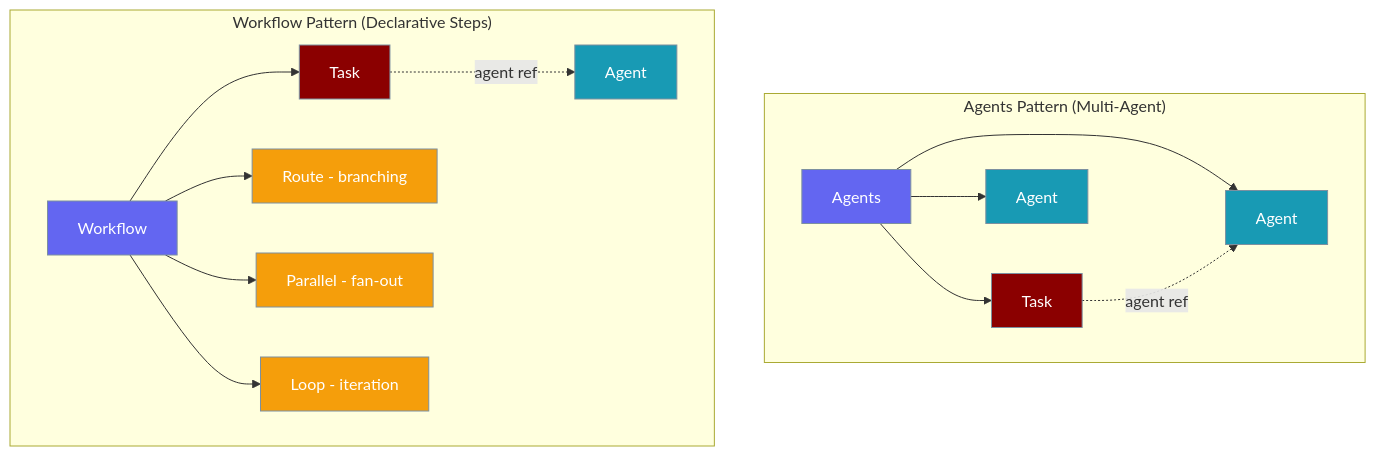
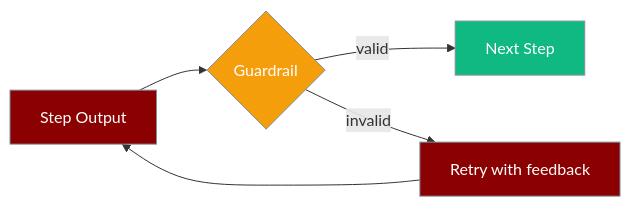
Before and after one commit to MervinPraison/PraisonAIDocs: the eighth of 11 diagrams in docs/features/workflows.mdx, drawn with Mermaid. The commit also changed other lines of this file and 4 other files, not shown here.

Commit message:
docs: align workflow feature pages with AGENTS.md authoring rules (fixes #1417)

````diff
--- a/docs/features/workflows.mdx
+++ b/docs/features/workflows.mdx
@@ -1391,29 +379,14 @@
 ```mermaid
-graph TB
-    subgraph "Agents Pattern (Multi-Agent)"
-        AGENTS[Agents]
-        AGENTS --> AGENT1[Agent]
-        AGENTS --> TASK[Task]
-        TASK -.->|agent ref| AGENT1
-        AGENTS --> AGENT2[Agent]
-    end
-    
-    subgraph "Workflow Pattern (Declarative Steps)"
-        WORKFLOW[Workflow]
-        WORKFLOW --> STEP[Task]
-        STEP -.->|agent ref| AGENT3[Agent]
-        WORKFLOW --> ROUTE[Route - branching]
-        WORKFLOW --> PARALLEL[Parallel - fan-out]
-        WORKFLOW --> LOOP[Loop - iteration]
-    end
-    
-    classDef orchestrator fill:#6366F1,stroke:#7C90A0,color:#fff
-    classDef agent fill:#189AB4,stroke:#7C90A0,color:#fff
-    classDef workitem fill:#8B0000,stroke:#7C90A0,color:#fff
-    classDef pattern fill:#F59E0B,stroke:#7C90A0,color:#fff
-    
-    class AGENTS,WORKFLOW orchestrator
-    class AGENT1,AGENT2,AGENT3 agent
-    class TASK,STEP workitem
-    class ROUTE,PARALLEL,LOOP pattern
+graph LR
+    STEP[Step Output] --> G{Guardrail}
+    G -->|valid| NEXT[Next Step]
+    G -->|invalid| RETRY[Retry with feedback]
+    RETRY --> STEP
+
+    classDef step  fill:#8B0000,stroke:#7C90A0,color:#fff
+    classDef guard fill:#F59E0B,stroke:#7C90A0,color:#fff
+    classDef next  fill:#10B981,stroke:#7C90A0,color:#fff
+    class STEP,RETRY step
+    class G guard
+    class NEXT next
 ```
````
